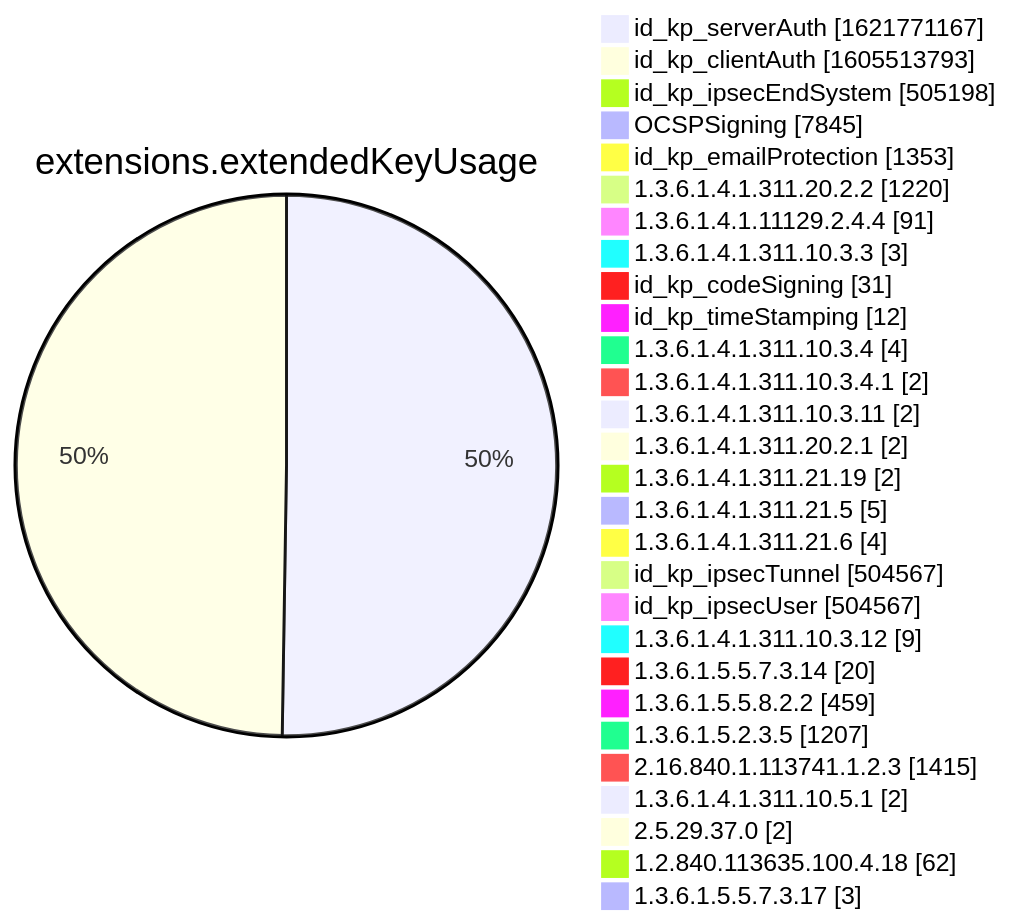
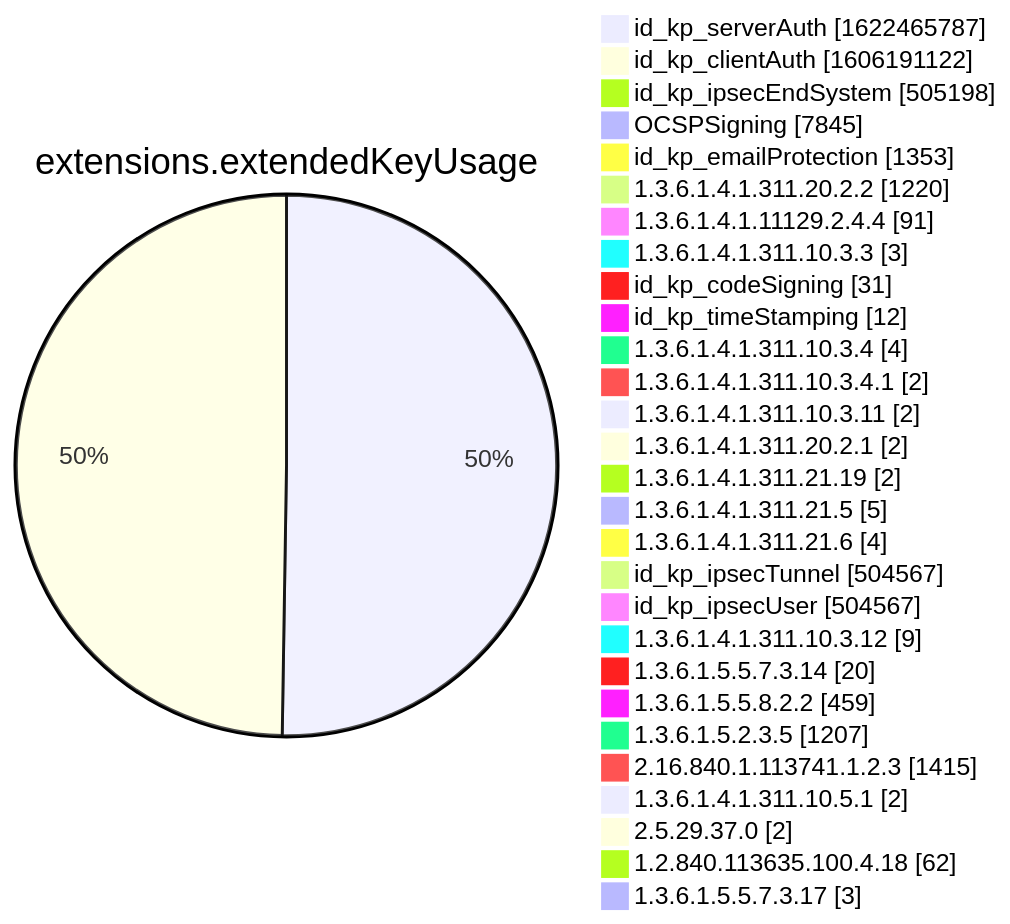
One commit to christiankrug/ctmonitor_visualization changed diagram 12 of 15 in xenon2022/README.md. Above: the diagram before and after it, drawn with Mermaid. The commit also changed other lines of this file, not shown here.

````diff
--- a/xenon2022/README.md
+++ b/xenon2022/README.md
@@ -3886,32 +3886,32 @@
 ```mermaid
 pie showData
 title extensions.extendedKeyUsage
-"id_kp_serverAuth" :1621771167
-"id_kp_clientAuth" :1605513793
+"id_kp_serverAuth" :1622465787
+"id_kp_clientAuth" :1606191122
 "id_kp_ipsecEndSystem" :505198
 "OCSPSigning" :7845
 "id_kp_emailProtection" :1353
 "1.3.6.1.4.1.311.20.2.2" :1220
 "1.3.6.1.4.1.11129.2.4.4" :91
 "1.3.6.1.4.1.311.10.3.3" :3
 "id_kp_codeSigning" :31
 "id_kp_timeStamping" :12
 "1.3.6.1.4.1.311.10.3.4" :4
 "1.3.6.1.4.1.311.10.3.4.1" :2
 "1.3.6.1.4.1.311.10.3.11" :2
 "1.3.6.1.4.1.311.20.2.1" :2
 "1.3.6.1.4.1.311.21.19" :2
 "1.3.6.1.4.1.311.21.5" :5
 "1.3.6.1.4.1.311.21.6" :4
 "id_kp_ipsecTunnel" :504567
 "id_kp_ipsecUser" :504567
 "1.3.6.1.4.1.311.10.3.12" :9
 "1.3.6.1.5.5.7.3.14" :20
 "1.3.6.1.5.5.8.2.2" :459
 "1.3.6.1.5.2.3.5" :1207
 "2.16.840.1.113741.1.2.3" :1415
 "1.3.6.1.4.1.311.10.5.1" :2
 "2.5.29.37.0" :2
 "1.2.840.113635.100.4.18" :62
 "1.3.6.1.5.5.7.3.17" :3
 ```
````
